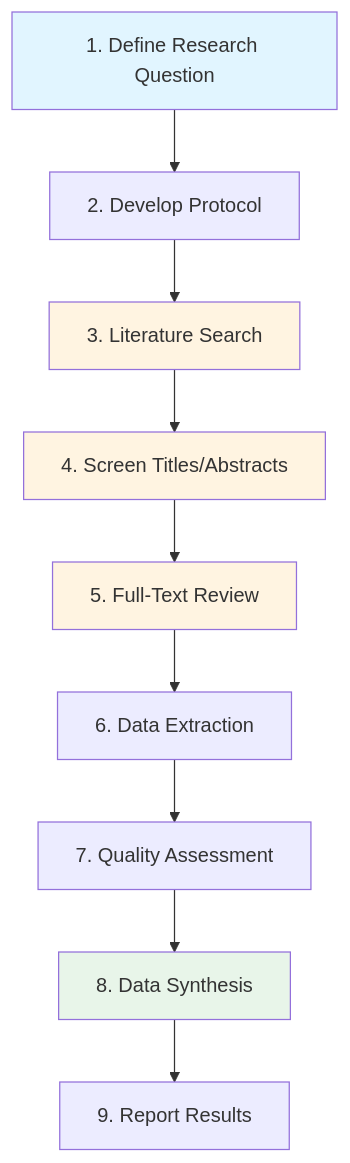
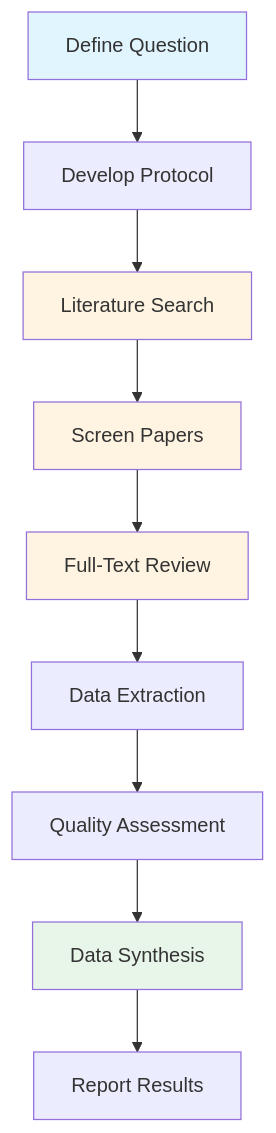
The diagram in book/introduction/0_Introduction.md (leonardozaggia/automated_systematic_literature_search), drawn with Mermaid before and after one commit. The commit also changed other lines of this file and 48 other files, not shown here.

````diff
--- a/book/introduction/0_Introduction.md
+++ b/book/introduction/0_Introduction.md
@@ -72,17 +72,17 @@
 ```{mermaid}
-graph TD
-    A[1. Define Research Question] --> B[2. Develop Protocol]
-    B --> C[3. Literature Search]
-    C --> D[4. Screen Titles/Abstracts]
-    D --> E[5. Full-Text Review]
-    E --> F[6. Data Extraction]
-    F --> G[7. Quality Assessment]
-    G --> H[8. Data Synthesis]
-    H --> I[9. Report Results]
+graph TB
+    A[Define Question] --> B[Develop Protocol]
+    B --> C[Literature Search]
+    C --> D[Screen Papers]
+    D --> E[Full-Text Review]
+    E --> F[Data Extraction]
+    F --> G[Quality Assessment]
+    G --> H[Data Synthesis]
+    H --> I[Report Results]
     
     style A fill:#e1f5ff
     style C fill:#fff4e1
     style D fill:#fff4e1
     style E fill:#fff4e1
     style H fill:#e8f5e9
 ```
````
